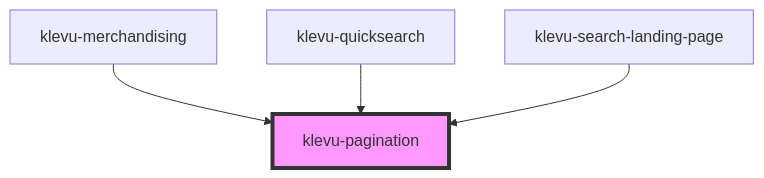
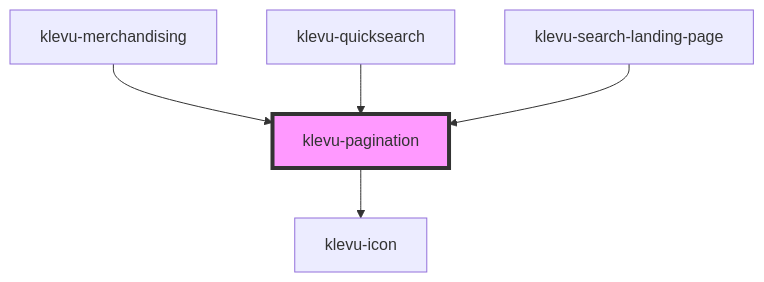
One commit to klevultd/frontend-sdk changed the diagram in packages/klevu-ui/src/components/klevu-pagination/readme.md. Above: the diagram before and after it, drawn with Mermaid. The commit also changed other lines of this file and 80 other files, not shown here.

Commit message:
Create a klevu-icon component

````diff
--- a/packages/klevu-ui/src/components/klevu-pagination/readme.md
+++ b/packages/klevu-ui/src/components/klevu-pagination/readme.md
@@ -43,7 +40,8 @@
 ```mermaid
 graph TD;
+  klevu-pagination --> klevu-icon
   klevu-merchandising --> klevu-pagination
   klevu-quicksearch --> klevu-pagination
   klevu-search-landing-page --> klevu-pagination
   style klevu-pagination fill:#f9f,stroke:#333,stroke-width:4px
 ```
````
